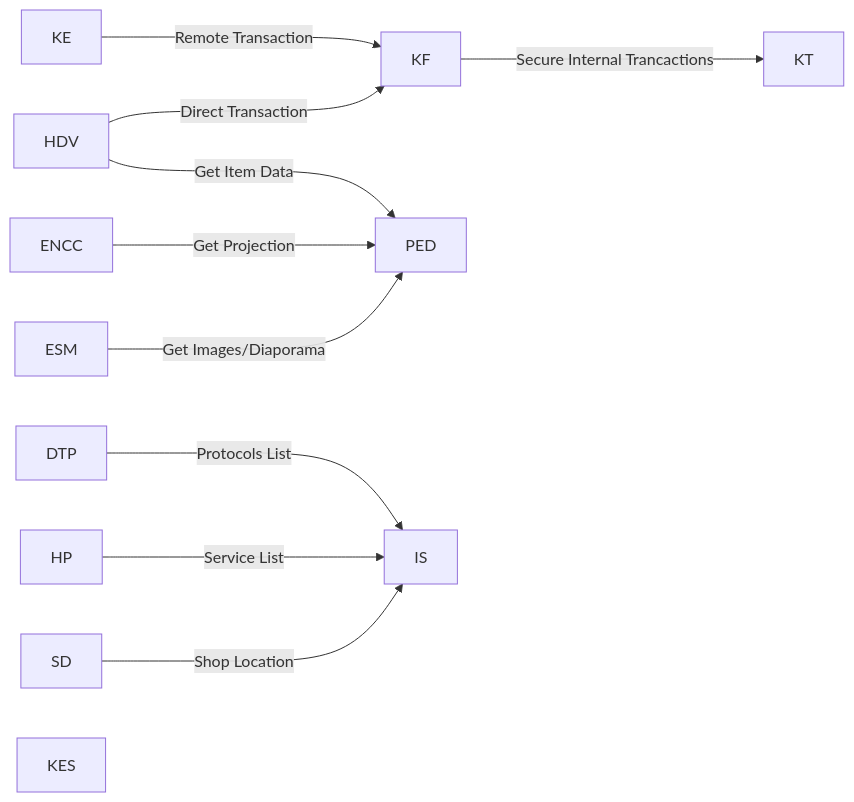
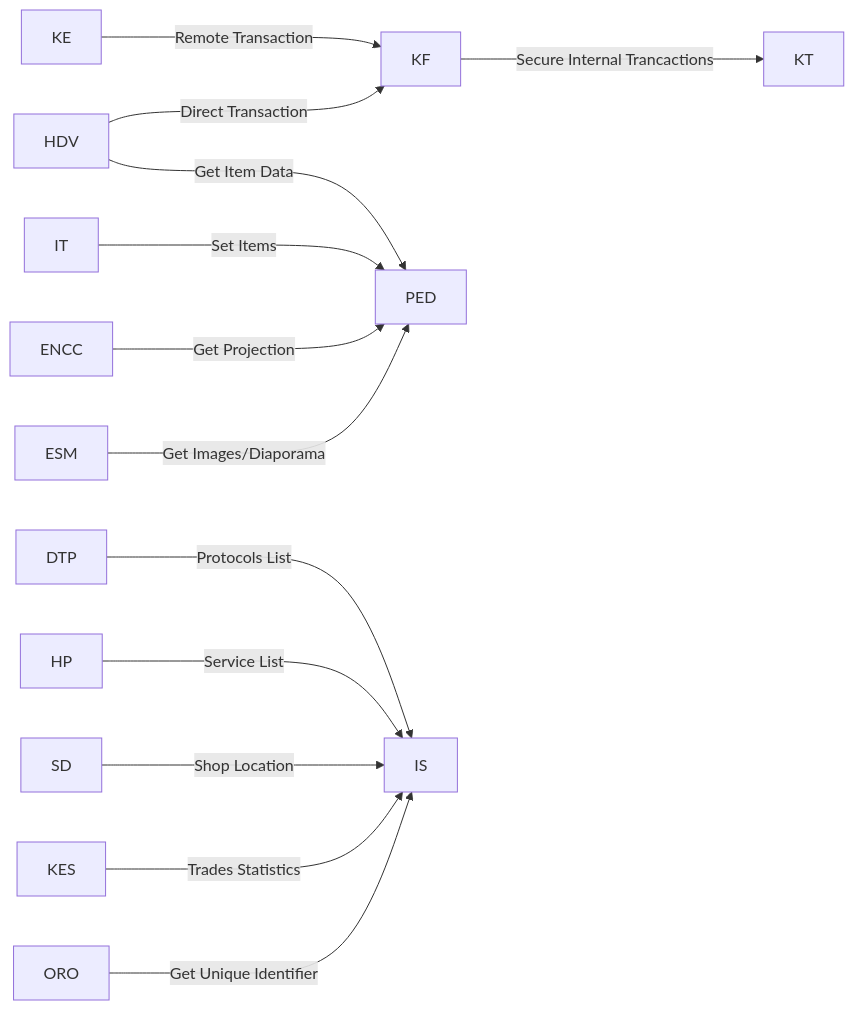
The diagram in README.md (golemax/SwitchCraft-ENC-Programs), drawn with Mermaid before and after one commit. The commit also changed other lines of this file and 4 other files, not shown here.

````diff
--- a/README.md
+++ b/README.md
@@ -41,13 +43,15 @@
 ```mermaid
 flowchart LR
 KF-- Secure Internal Trancactions --->KT
 KE-- Remote Transaction --->KF
 HDV -- Direct Transaction --->KF
 HDV-- Get Item Data --->PED
+IT-- Set Items --->PED
 ENCC-- Get Projection --->PED
 ESM-- Get Images/Diaporama --->PED
 DTP-- Protocols List --->IS
 HP-- Service List --->IS
 SD-- Shop Location ---> IS
-KES
+KES-- Trades Statistics ---> IS
+ORO-- Get Unique Identifier ---> IS
 ```
````
